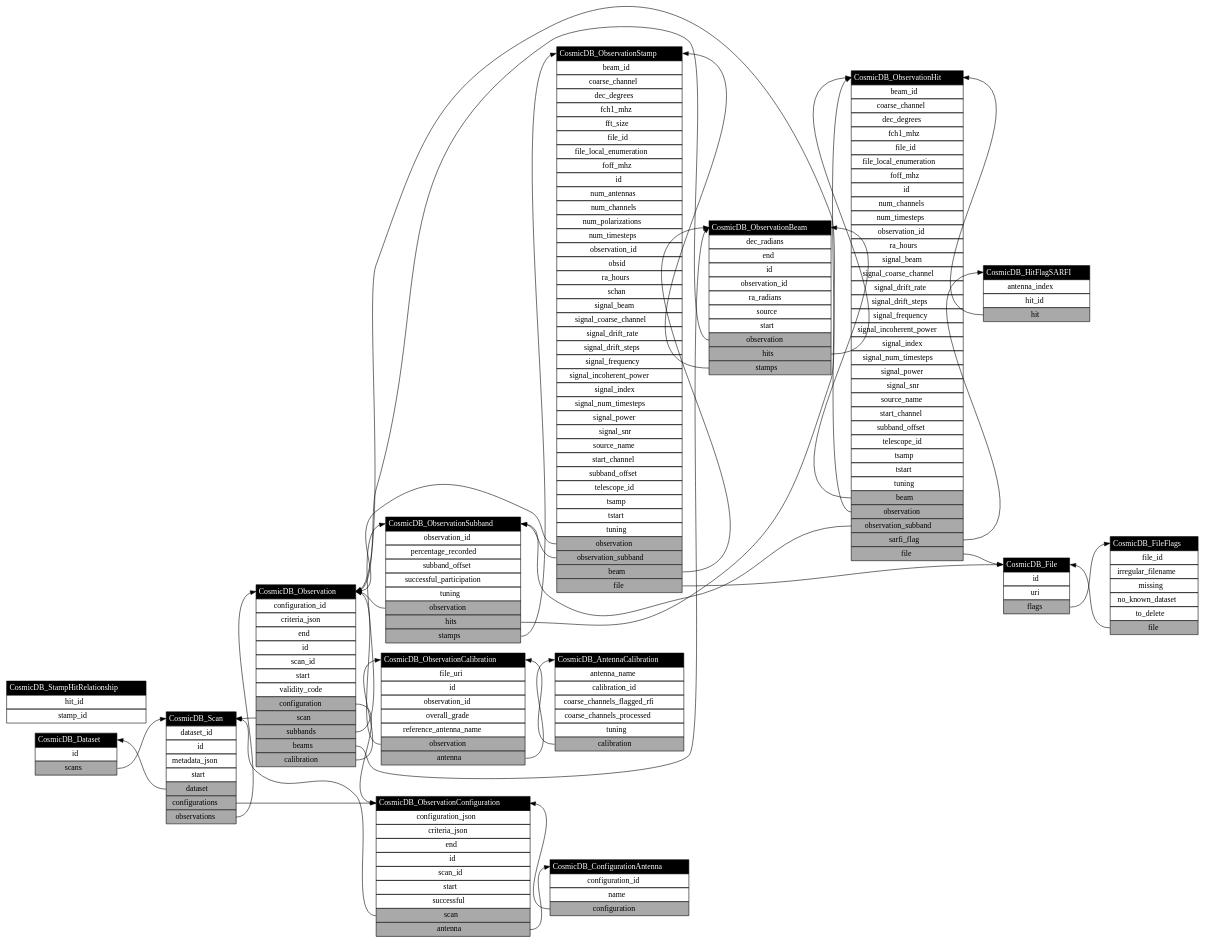
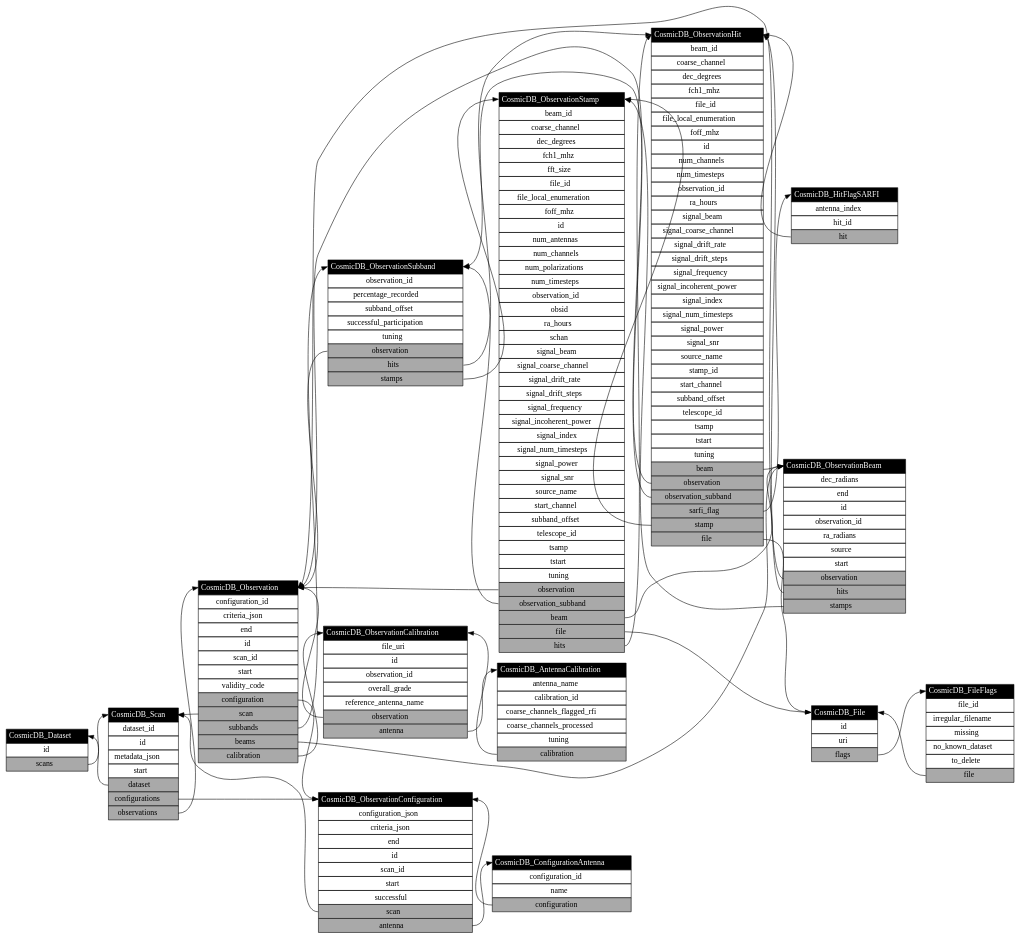
Before and after one commit to COSMIC-SETI/COSMIC-VLA-Database: the diagram in docs/classes.dot, drawn with Graphviz. The commit also changed 5 other files, not shown here.

Commit message:
~~ StampHitRelationship, + Hit.stamp_id nullable

```diff
--- a/docs/classes.dot
+++ b/docs/classes.dot
@@ -103,11 +103,6 @@
 	<tr><td>hit_id</td></tr>
 	<tr><td bgcolor="darkgrey" port="hit">hit</td></tr>
 </table>>, shape=plain];
-CosmicDB_StampHitRelationship [label=<<table border="0" cellborder="1" cellspacing="0" cellpadding="4">
-	<tr><td bgcolor="black" port="class"><font color="white">CosmicDB_StampHitRelationship</font></td></tr>
-	<tr><td>hit_id</td></tr>
-	<tr><td>stamp_id</td></tr>
-</table>>, shape=plain];
 CosmicDB_File:flags -> CosmicDB_FileFlags:class;
 CosmicDB_File [label=<<table border="0" cellborder="1" cellspacing="0" cellpadding="4">
 	<tr><td bgcolor="black" port="class"><font color="white">CosmicDB_File</font></td></tr>
@@ -141,52 +136,11 @@
 	<tr><td bgcolor="darkgrey" port="hits">hits</td></tr>
 	<tr><td bgcolor="darkgrey" port="stamps">stamps</td></tr>
 </table>>, shape=plain];
-CosmicDB_ObservationHit:beam -> CosmicDB_ObservationBeam:class;
-CosmicDB_ObservationHit:observation -> CosmicDB_Observation:class;
-CosmicDB_ObservationHit:observation_subband -> CosmicDB_ObservationSubband:class;
-CosmicDB_ObservationHit:sarfi_flag -> CosmicDB_HitFlagSARFI:class;
-CosmicDB_ObservationHit:file -> CosmicDB_File:class;
-CosmicDB_ObservationHit [label=<<table border="0" cellborder="1" cellspacing="0" cellpadding="4">
-	<tr><td bgcolor="black" port="class"><font color="white">CosmicDB_ObservationHit</font></td></tr>
-	<tr><td>beam_id</td></tr>
-	<tr><td>coarse_channel</td></tr>
-	<tr><td>dec_degrees</td></tr>
-	<tr><td>fch1_mhz</td></tr>
-	<tr><td>file_id</td></tr>
-	<tr><td>file_local_enumeration</td></tr>
-	<tr><td>foff_mhz</td></tr>
-	<tr><td>id</td></tr>
-	<tr><td>num_channels</td></tr>
-	<tr><td>num_timesteps</td></tr>
-	<tr><td>observation_id</td></tr>
-	<tr><td>ra_hours</td></tr>
-	<tr><td>signal_beam</td></tr>
-	<tr><td>signal_coarse_channel</td></tr>
-	<tr><td>signal_drift_rate</td></tr>
-	<tr><td>signal_drift_steps</td></tr>
-	<tr><td>signal_frequency</td></tr>
-	<tr><td>signal_incoherent_power</td></tr>
-	<tr><td>signal_index</td></tr>
-	<tr><td>signal_num_timesteps</td></tr>
-	<tr><td>signal_power</td></tr>
-	<tr><td>signal_snr</td></tr>
-	<tr><td>source_name</td></tr>
-	<tr><td>start_channel</td></tr>
-	<tr><td>subband_offset</td></tr>
-	<tr><td>telescope_id</td></tr>
-	<tr><td>tsamp</td></tr>
-	<tr><td>tstart</td></tr>
-	<tr><td>tuning</td></tr>
-	<tr><td bgcolor="darkgrey" port="beam">beam</td></tr>
-	<tr><td bgcolor="darkgrey" port="observation">observation</td></tr>
-	<tr><td bgcolor="darkgrey" port="observation_subband">observation_subband</td></tr>
-	<tr><td bgcolor="darkgrey" port="sarfi_flag">sarfi_flag</td></tr>
-	<tr><td bgcolor="darkgrey" port="file">file</td></tr>
-</table>>, shape=plain];
 CosmicDB_ObservationStamp:observation -> CosmicDB_Observation:class;
 CosmicDB_ObservationStamp:observation_subband -> CosmicDB_ObservationSubband:class;
 CosmicDB_ObservationStamp:beam -> CosmicDB_ObservationBeam:class;
 CosmicDB_ObservationStamp:file -> CosmicDB_File:class;
+CosmicDB_ObservationStamp:hits -> CosmicDB_ObservationHit:class;
 CosmicDB_ObservationStamp [label=<<table border="0" cellborder="1" cellspacing="0" cellpadding="4">
 	<tr><td bgcolor="black" port="class"><font color="white">CosmicDB_ObservationStamp</font></td></tr>
 	<tr><td>beam_id</td></tr>
@@ -227,5 +181,51 @@
 	<tr><td bgcolor="darkgrey" port="observation_subband">observation_subband</td></tr>
 	<tr><td bgcolor="darkgrey" port="beam">beam</td></tr>
 	<tr><td bgcolor="darkgrey" port="file">file</td></tr>
+	<tr><td bgcolor="darkgrey" port="hits">hits</td></tr>
+</table>>, shape=plain];
+CosmicDB_ObservationHit:beam -> CosmicDB_ObservationBeam:class;
+CosmicDB_ObservationHit:observation -> CosmicDB_Observation:class;
+CosmicDB_ObservationHit:observation_subband -> CosmicDB_ObservationSubband:class;
+CosmicDB_ObservationHit:sarfi_flag -> CosmicDB_HitFlagSARFI:class;
+CosmicDB_ObservationHit:stamp -> CosmicDB_ObservationStamp:class;
+CosmicDB_ObservationHit:file -> CosmicDB_File:class;
+CosmicDB_ObservationHit [label=<<table border="0" cellborder="1" cellspacing="0" cellpadding="4">
+	<tr><td bgcolor="black" port="class"><font color="white">CosmicDB_ObservationHit</font></td></tr>
+	<tr><td>beam_id</td></tr>
+	<tr><td>coarse_channel</td></tr>
+	<tr><td>dec_degrees</td></tr>
+	<tr><td>fch1_mhz</td></tr>
+	<tr><td>file_id</td></tr>
+	<tr><td>file_local_enumeration</td></tr>
+	<tr><td>foff_mhz</td></tr>
+	<tr><td>id</td></tr>
+	<tr><td>num_channels</td></tr>
+	<tr><td>num_timesteps</td></tr>
+	<tr><td>observation_id</td></tr>
+	<tr><td>ra_hours</td></tr>
+	<tr><td>signal_beam</td></tr>
+	<tr><td>signal_coarse_channel</td></tr>
+	<tr><td>signal_drift_rate</td></tr>
+	<tr><td>signal_drift_steps</td></tr>
+	<tr><td>signal_frequency</td></tr>
+	<tr><td>signal_incoherent_power</td></tr>
+	<tr><td>signal_index</td></tr>
+	<tr><td>signal_num_timesteps</td></tr>
+	<tr><td>signal_power</td></tr>
+	<tr><td>signal_snr</td></tr>
+	<tr><td>source_name</td></tr>
+	<tr><td>stamp_id</td></tr>
+	<tr><td>start_channel</td></tr>
+	<tr><td>subband_offset</td></tr>
+	<tr><td>telescope_id</td></tr>
+	<tr><td>tsamp</td></tr>
+	<tr><td>tstart</td></tr>
+	<tr><td>tuning</td></tr>
+	<tr><td bgcolor="darkgrey" port="beam">beam</td></tr>
+	<tr><td bgcolor="darkgrey" port="observation">observation</td></tr>
+	<tr><td bgcolor="darkgrey" port="observation_subband">observation_subband</td></tr>
+	<tr><td bgcolor="darkgrey" port="sarfi_flag">sarfi_flag</td></tr>
+	<tr><td bgcolor="darkgrey" port="stamp">stamp</td></tr>
+	<tr><td bgcolor="darkgrey" port="file">file</td></tr>
 </table>>, shape=plain];
 }
```
